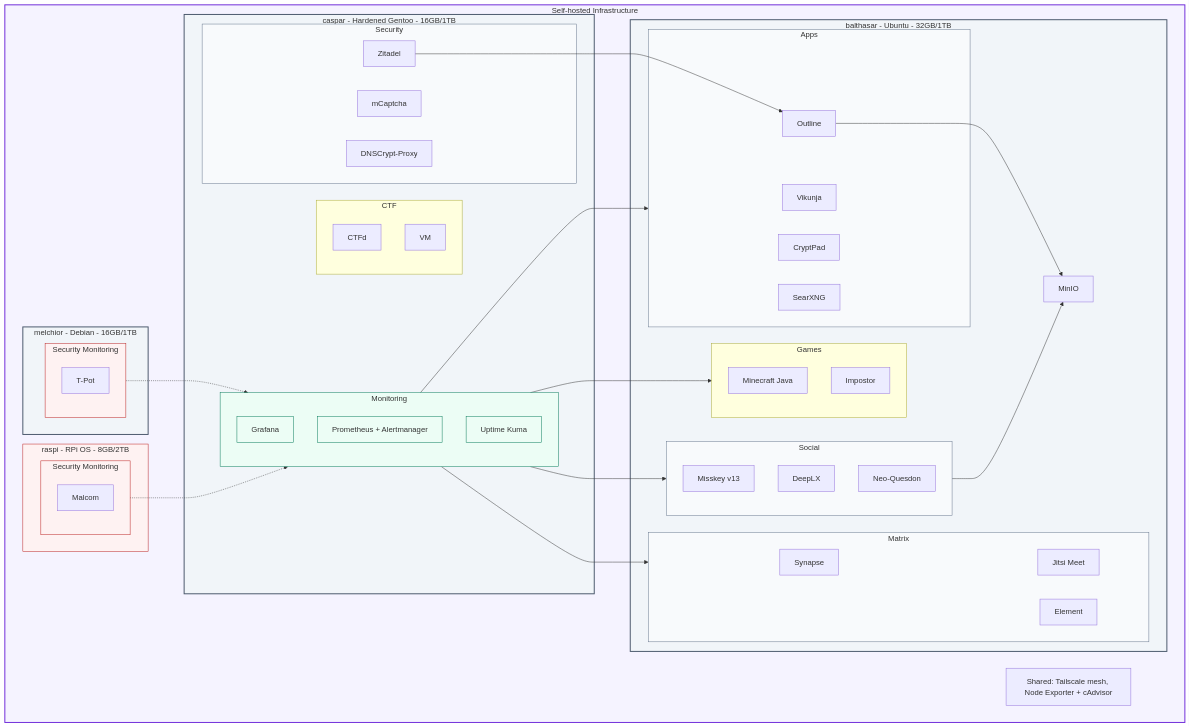
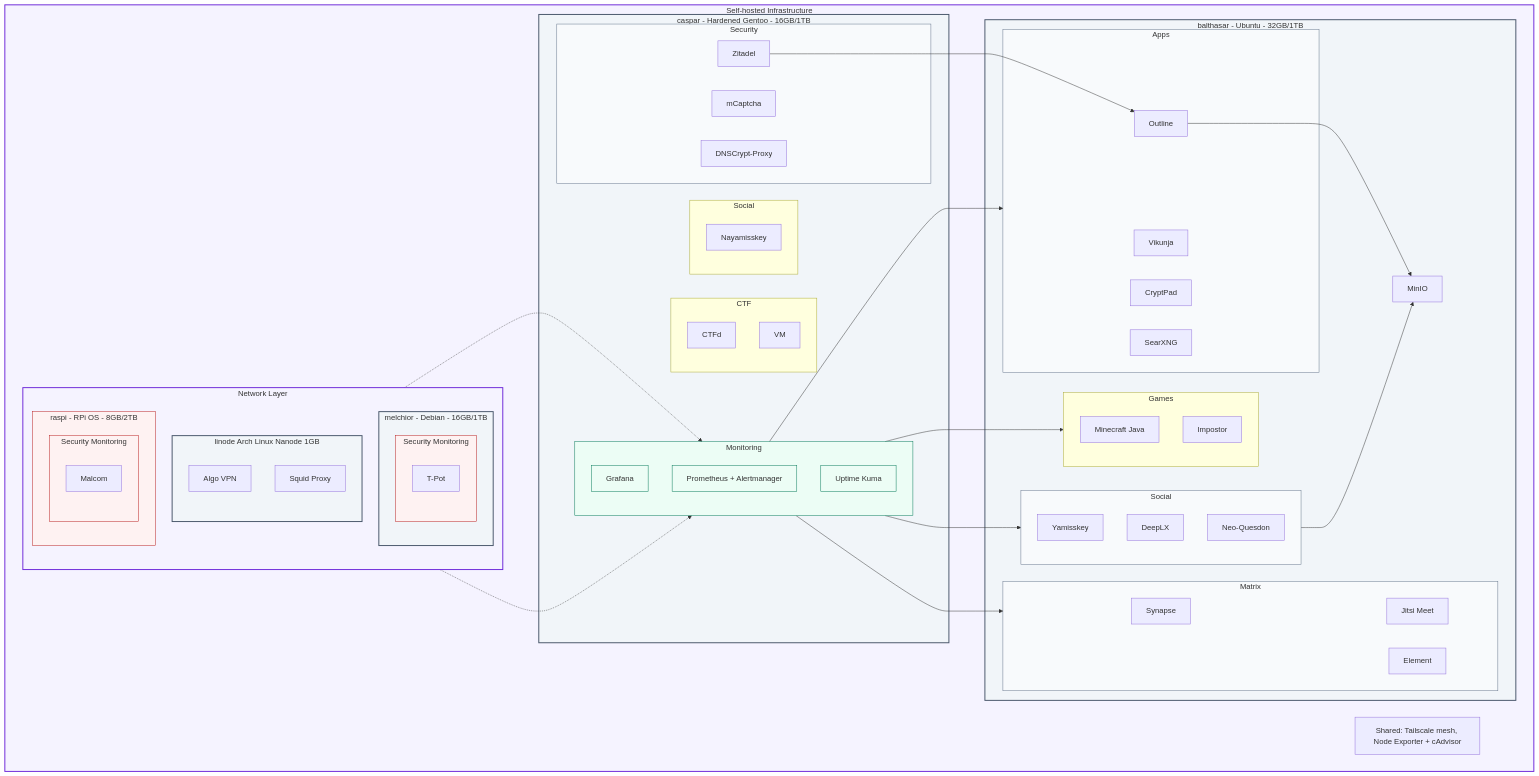
One commit to yamisskey-dev/hosted-list changed the diagram in README.md. Above: the diagram before and after it, drawn with Mermaid.

````diff
--- a/README.md
+++ b/README.md
@@ -3,76 +3,96 @@
 ```mermaid
 graph TB
-    %% Style definitions
-    classDef homeServer fill:#f1f5f9,stroke:#475569,stroke-width:2px
-    classDef service fill:#f8fafc,stroke:#64748b,stroke-width:1px
-    classDef monitoring fill:#ecfdf5,stroke:#047857,stroke-width:1px
-    classDef security fill:#fef2f2,stroke:#b91c1c,stroke-width:1px
-    classDef network fill:#f5f3ff,stroke:#6d28d9,stroke-width:2px
-    subgraph tailscale[Self-hosted Infrastructure]
-        subgraph caspar[caspar - Hardened Gentoo - 16GB/1TB]
-            subgraph security[Security]
-                zitadel[Zitadel]
-                mcaptcha[mCaptcha]
-                dnscrypt-proxy[DNSCrypt-Proxy]
-            end
-            subgraph monitoring[Monitoring]
-                grafana[Grafana]
-                prometheus[Prometheus + Alertmanager]
-                uptime[Uptime Kuma]
-            end
-            subgraph CTF[CTF]
-                ctfd[CTFd]
-                browser-vm[VM]
-            end
+
+%% Style definitions
+classDef homeServer fill:#f1f5f9,stroke:#475569,stroke-width:2px
+classDef service fill:#f8fafc,stroke:#64748b,stroke-width:1px
+classDef monitoring fill:#ecfdf5,stroke:#047857,stroke-width:1px
+classDef security fill:#fef2f2,stroke:#b91c1c,stroke-width:1px
+classDef network fill:#f5f3ff,stroke:#6d28d9,stroke-width:2px
+
+subgraph tailscale[Self-hosted Infrastructure]
+    subgraph caspar[caspar - Hardened Gentoo - 16GB/1TB]
+        subgraph security[Security]
+            zitadel[Zitadel]
+            mcaptcha[mCaptcha]
+            dnscrypt-proxy[DNSCrypt-Proxy]
         end
-        subgraph balthasar[balthasar - Ubuntu - 32GB/1TB]
-            minio[MinIO]
-            subgraph social[Social]
-                misskey[Misskey v13]
-                deeplx[DeepLX]
-                neoquesdon[Neo-Quesdon]
-            end
-            subgraph matrix[Matrix]
-                synapse[Synapse]
-                element[Element]
-                jitsi[Jitsi Meet]
-            end
-            subgraph apps[Apps]
-                outline[Outline]
-                vikunja[Vikunja]
-                cryptpad[CryptPad]
-                searxng[SearXNG]
-            end
-            subgraph games[Games]
-                minecraft[Minecraft Java]
-                impostor[Impostor]
-            end
+        subgraph monitoring[Monitoring]
+            grafana[Grafana]
+            prometheus[Prometheus + Alertmanager]
+            uptime[Uptime Kuma]
         end
+        subgraph CTF[CTF]
+            ctfd[CTFd]
+            browser-vm[VM]
+        end
+        subgraph social_caspar[Social]
+            nayamisskey[Nayamisskey]
+        end
+    end
+
+    subgraph balthasar[balthasar - Ubuntu - 32GB/1TB]
+        minio[MinIO]
+        subgraph social[Social]
+            yamisskey[Yamisskey]
+            deeplx[DeepLX]
+            neoquesdon[Neo-Quesdon]
+        end
+        subgraph matrix[Matrix]
+            synapse[Synapse]
+            element[Element]
+            jitsi[Jitsi Meet]
+        end
+        subgraph apps[Apps]
+            outline[Outline]
+            vikunja[Vikunja]
+            cryptpad[CryptPad]
+            searxng[SearXNG]
+        end
+        subgraph games[Games]
+            minecraft[Minecraft Java]
+            impostor[Impostor]
+        end
+    end
+
+    subgraph network_layer[Network Layer]
+        direction TB
+        subgraph linode["linode Arch Linux Nanode 1GB"]
+            direction TB
+            algo[Algo VPN]
+            squid[Squid Proxy]
+        end
+
         subgraph melchior[melchior - Debian - 16GB/1TB]
             subgraph nsm[Security Monitoring]
                 tpot[T-Pot]
             end
         end
+
         subgraph raspi[raspi - RPi OS - 8GB/2TB]
             subgraph nsm2[Security Monitoring]
                 malcom[Malcom]
             end
         end
-        %% Dependencies
-        zitadel --> outline
-        nsm -.-> monitoring
-        nsm2 -.-> monitoring
-        monitoring --> social & matrix & apps & games
-        social --> minio
-        outline --> minio
-        matrix --> jitsi
-        %% Note
-        note["Shared: Tailscale mesh, Node Exporter + cAdvisor"]
     end
-    %% Apply styles
-    class caspar,balthasar,melchior homeServer
-    class security,social,matrix,apps service
-    class monitoring,prometheus,grafana,uptime monitoring
-    class raspi,nsm,nsm2 security
-    class tailscale network
+
+%% Dependencies
+zitadel --> outline
+nsm -.-> monitoring
+nsm2 -.-> monitoring
+monitoring --> social & matrix & apps & games
+social --> minio
+outline --> minio
+matrix --> jitsi
+
+%% Note
+note["Shared: Tailscale mesh, Node Exporter + cAdvisor"]
+end
+
+%% Apply styles
+class caspar,balthasar,melchior,linode homeServer
+class security,social,matrix,apps service
+class monitoring,prometheus,grafana,uptime monitoring
+class raspi,nsm,nsm2 security
+class tailscale,network_layer network
 ```
````
